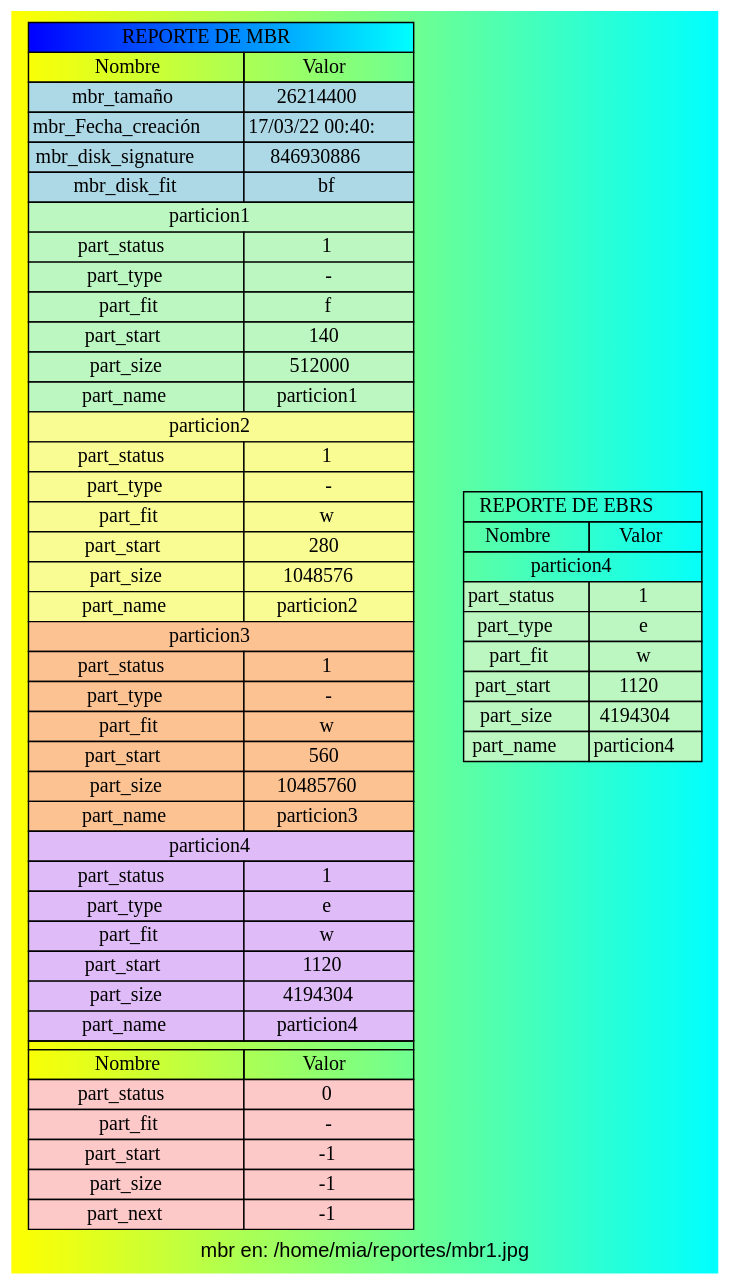
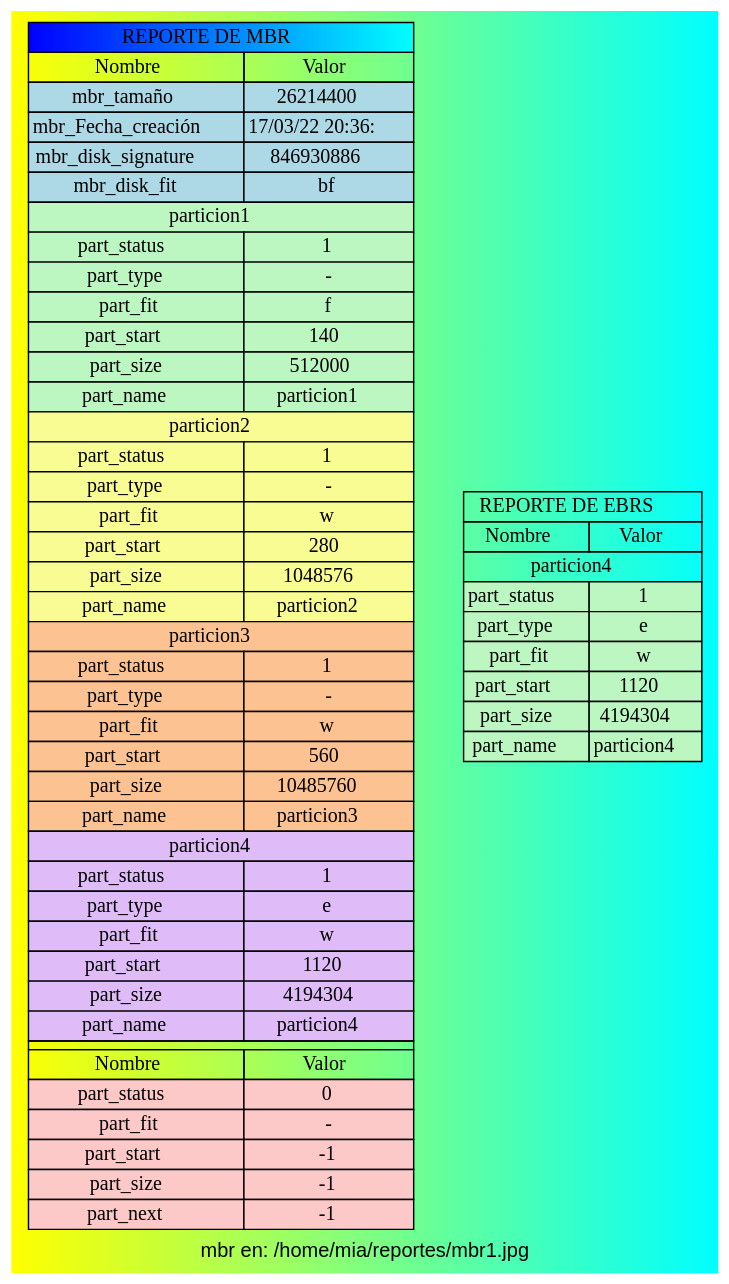
One commit to Alvaro-SP/-MIA-B-_Proyecto1_202000194 changed the diagram in src/REPORTE_MBR_202000194.dot. Above: the diagram before and after it, drawn with Graphviz. The commit also changed 12 other files, not shown here.

```diff
--- a/src/REPORTE_MBR_202000194.dot
+++ b/src/REPORTE_MBR_202000194.dot
@@ -1,69 +1,69 @@
 digraph migraph{
      bgcolor="yellow:cyan"     gradientangle=0    label="mbr en: /home/mia/reportes/mbr1.jpg"    fontcolor="black"    fontname="Helvetica,Arial,sans-serif"
 
 tbl [
 shape=plaintext
  label=<
 <table border='0' cellborder='1' cellspacing='0'>
 <tr><td colspan="3" bgcolor="blue:cyan">REPORTE DE MBR</td></tr>
 <th><td>Nombre</td><td>Valor</td></th>
 <tr><td bgcolor="lightblue">mbr_tamaño</td><td bgcolor="lightblue">26214400</td></tr>
-<tr><td bgcolor="lightblue">mbr_Fecha_creación</td><td bgcolor="lightblue">17/03/22 00:40:</td></tr>
+<tr><td bgcolor="lightblue">mbr_Fecha_creación</td><td bgcolor="lightblue">17/03/22 20:36:</td></tr>
 <tr><td bgcolor="lightblue">mbr_disk_signature</td><td bgcolor="lightblue">846930886</td></tr>
 <tr><td bgcolor="lightblue">mbr_disk_fit</td><td bgcolor="lightblue">bf</td></tr>
 <tr><td colspan="2" bgcolor="#bcf7c1">particion1</td></tr>
 <tr><td bgcolor="#bcf7c1">part_status</td><td bgcolor="#bcf7c1">1</td></tr>
 <tr><td bgcolor="#bcf7c1">part_type</td><td bgcolor="#bcf7c1">-</td></tr>
 <tr><td bgcolor="#bcf7c1">part_fit</td><td bgcolor="#bcf7c1">f</td></tr>
 <tr><td bgcolor="#bcf7c1">part_start</td><td bgcolor="#bcf7c1">140</td></tr>
 <tr><td bgcolor="#bcf7c1">part_size</td><td bgcolor="#bcf7c1">512000</td></tr>
 <tr><td bgcolor="#bcf7c1">part_name</td><td bgcolor="#bcf7c1">particion1</td></tr>
 <tr><td colspan="2" bgcolor="#f8fc92">particion2</td></tr>
 <tr><td bgcolor="#f8fc92">part_status</td><td bgcolor="#f8fc92">1</td></tr>
 <tr><td bgcolor="#f8fc92">part_type</td><td bgcolor="#f8fc92">-</td></tr>
 <tr><td bgcolor="#f8fc92">part_fit</td><td bgcolor="#f8fc92">w</td></tr>
 <tr><td bgcolor="#f8fc92">part_start</td><td bgcolor="#f8fc92">280</td></tr>
 <tr><td bgcolor="#f8fc92">part_size</td><td bgcolor="#f8fc92">1048576</td></tr>
 <tr><td bgcolor="#f8fc92">part_name</td><td bgcolor="#f8fc92">particion2</td></tr>
 <tr><td colspan="2" bgcolor="#fcc292">particion3</td></tr>
 <tr><td bgcolor="#fcc292">part_status</td><td bgcolor="#fcc292">1</td></tr>
 <tr><td bgcolor="#fcc292">part_type</td><td bgcolor="#fcc292">-</td></tr>
 <tr><td bgcolor="#fcc292">part_fit</td><td bgcolor="#fcc292">w</td></tr>
 <tr><td bgcolor="#fcc292">part_start</td><td bgcolor="#fcc292">560</td></tr>
 <tr><td bgcolor="#fcc292">part_size</td><td bgcolor="#fcc292">10485760</td></tr>
 <tr><td bgcolor="#fcc292">part_name</td><td bgcolor="#fcc292">particion3</td></tr>
 <tr><td colspan="2" bgcolor="#dfbcf7">particion4</td></tr>
 <tr><td bgcolor="#dfbcf7">part_status</td><td bgcolor="#dfbcf7">1</td></tr>
 <tr><td bgcolor="#dfbcf7">part_type</td><td bgcolor="#dfbcf7">e</td></tr>
 <tr><td bgcolor="#dfbcf7">part_fit</td><td bgcolor="#dfbcf7">w</td></tr>
 <tr><td bgcolor="#dfbcf7">part_start</td><td bgcolor="#dfbcf7">1120</td></tr>
 <tr><td bgcolor="#dfbcf7">part_size</td><td bgcolor="#dfbcf7">4194304</td></tr>
 <tr><td bgcolor="#dfbcf7">part_name</td><td bgcolor="#dfbcf7">particion4</td></tr>
 <tr><td colspan="3"></td></tr>
 <th><td>Nombre</td><td>Valor</td></th>
 <tr><td bgcolor="#fcc8c8">part_status</td><td bgcolor="#fcc8c8">0</td></tr>
 <tr><td bgcolor="#fcc8c8">part_fit</td><td bgcolor="#fcc8c8">-</td></tr>
 <tr><td bgcolor="#fcc8c8">part_start</td><td bgcolor="#fcc8c8">-1</td></tr>
 <tr><td bgcolor="#fcc8c8">part_size</td><td bgcolor="#fcc8c8">-1</td></tr>
 <tr><td bgcolor="#fcc8c8">part_next</td><td bgcolor="#fcc8c8">-1</td></tr>
 </table>
 >];
 
 
 
 tbl3 [
 shape=plaintext
  label=<
 <table border='0' cellborder='1' cellspacing='0'>
 <tr><td colspan="3">REPORTE DE EBRS</td></tr>
 <th><td>Nombre</td><td>Valor</td></th>
 <tr><td colspan="3">particion4</td></tr>
 <tr><td bgcolor="#bcf7c1">part_status</td><td bgcolor="#bcf7c1">1</td></tr>
 <tr><td bgcolor="#bcf7c1">part_type</td><td bgcolor="#bcf7c1">e</td></tr>
 <tr><td bgcolor="#bcf7c1">part_fit</td><td bgcolor="#bcf7c1">w</td></tr>
 <tr><td bgcolor="#bcf7c1">part_start</td><td bgcolor="#bcf7c1">1120</td></tr>
 <tr><td bgcolor="#bcf7c1">part_size</td><td bgcolor="#bcf7c1">4194304</td></tr>
 <tr><td bgcolor="#bcf7c1">part_name</td><td bgcolor="#bcf7c1">particion4</td></tr>
 </table>
 >];
 }
```
